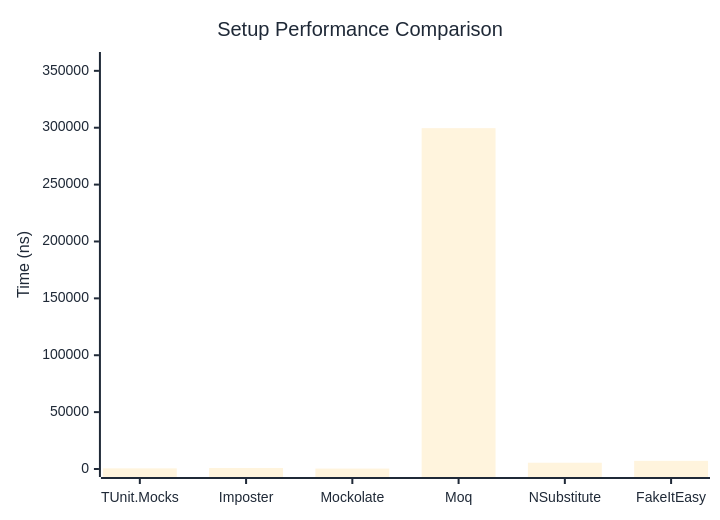
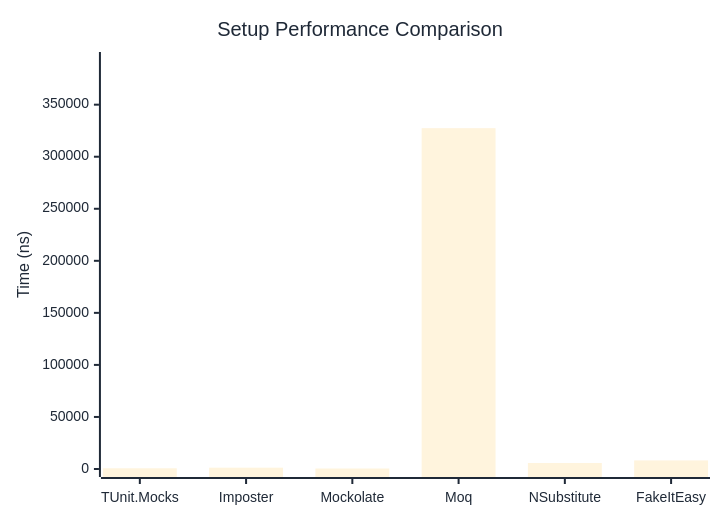
The first of 2 diagrams in docs/docs/benchmarks/mocks/Setup.md (thomhurst/TUnit), drawn with Mermaid before and after one commit. The commit also changed other lines of this file and 14 other files, not shown here.

````diff
--- a/docs/docs/benchmarks/mocks/Setup.md
+++ b/docs/docs/benchmarks/mocks/Setup.md
@@ -30,27 +30,27 @@
 ```mermaid
 %%{init: {
   'theme':'base',
   'themeVariables': {
     'primaryColor': '#2563eb',
     'primaryTextColor': '#1f2937',
     'primaryBorderColor': '#1e40af',
     'lineColor': '#6b7280',
     'secondaryColor': '#7c3aed',
     'tertiaryColor': '#dc2626',
     'background': '#ffffff',
     'pie1': '#2563eb',
     'pie2': '#7c3aed',
     'pie3': '#dc2626',
     'pie4': '#f59e0b',
     'pie5': '#10b981',
     'pie6': '#06b6d4',
     'pie7': '#ec4899',
     'pie8': '#6366f1'
   }
 }}%%
 xychart-beta
   title "Setup Performance Comparison"
   x-axis ["TUnit.Mocks", "Imposter", "Mockolate", "Moq", "NSubstitute", "FakeItEasy"]
-  y-axis "Time (ns)" 0 --> 359525
-  bar [550.6, 866.1, 362.6, 299603.9, 5507, 7174.5]
+  y-axis "Time (ns)" 0 --> 392914
+  bar [682.6, 1263.5, 478.1, 327428.3, 5781.8, 8248]
 ```
````
